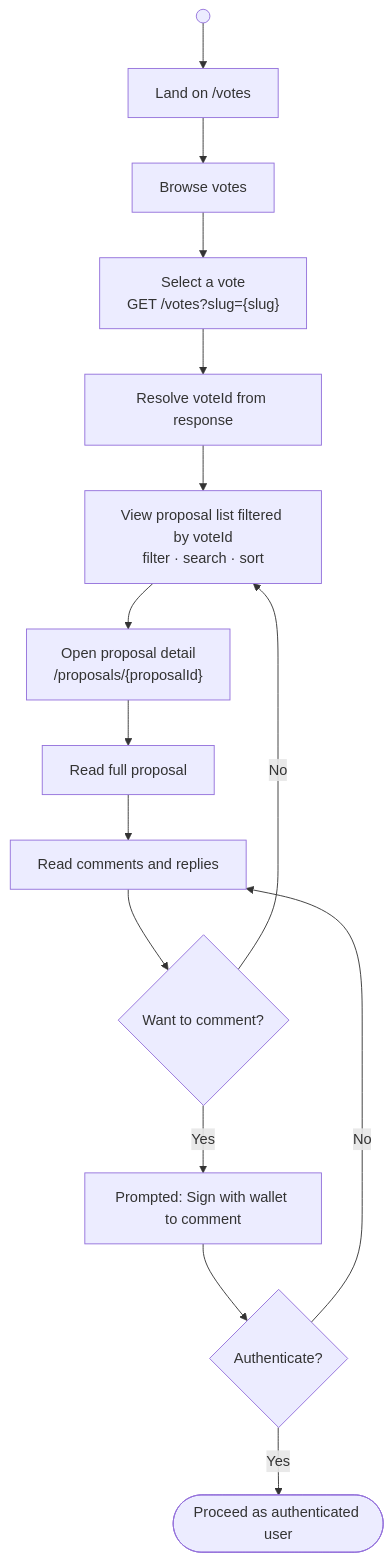
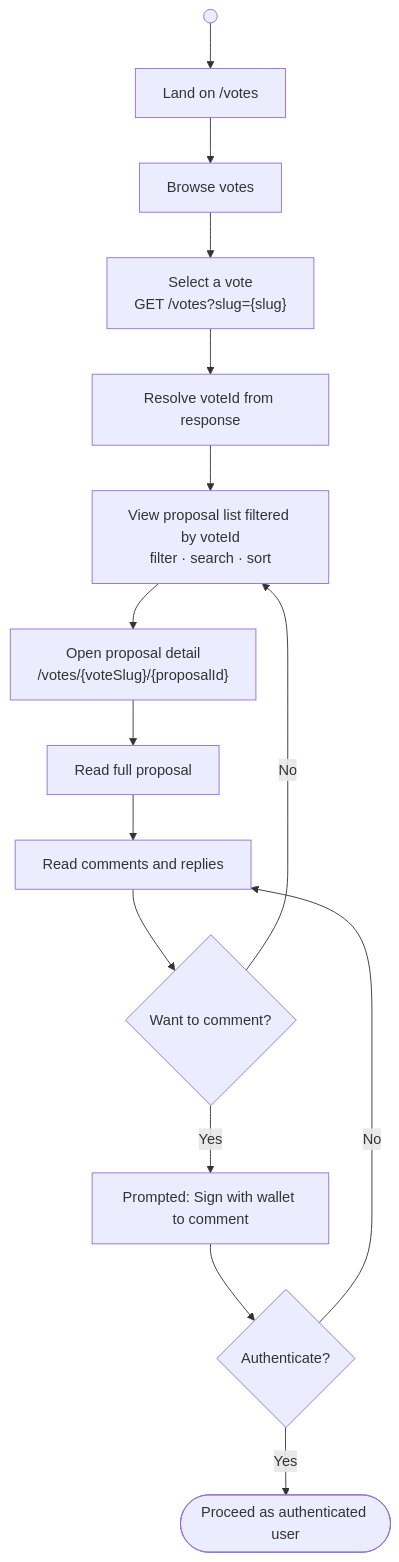
Before and after one commit to lerna-labs/ekklesia-proposal-module: the first of 7 diagrams in docs/user-flows.md, drawn with Mermaid. The commit also changed other lines of this file and 28 other files, not shown here.

````diff
--- a/docs/user-flows.md
+++ b/docs/user-flows.md
@@ -53,17 +53,17 @@
 ```mermaid
 flowchart TD
     START(( )) --> A[Land on /votes]
     A --> B[Browse votes]
     B --> C["Select a vote<br />GET /votes?slug={slug}"]
     C --> D["Resolve voteId from response"]
     D --> E["View proposal list filtered by voteId<br />filter · search · sort"]
-    E --> F["Open proposal detail<br />/proposals/{proposalId}"]
+    E --> F["Open proposal detail<br />/votes/{voteSlug}/{proposalId}"]
     F --> G[Read full proposal]
     G --> H[Read comments and replies]
     H --> I{Want to comment?}
     I -->|No| E
     I -->|Yes| J[Prompted: Sign with wallet to comment]
     J --> K{Authenticate?}
     K -->|No| H
     K -->|Yes| L([Proceed as authenticated user])
 ```
````
